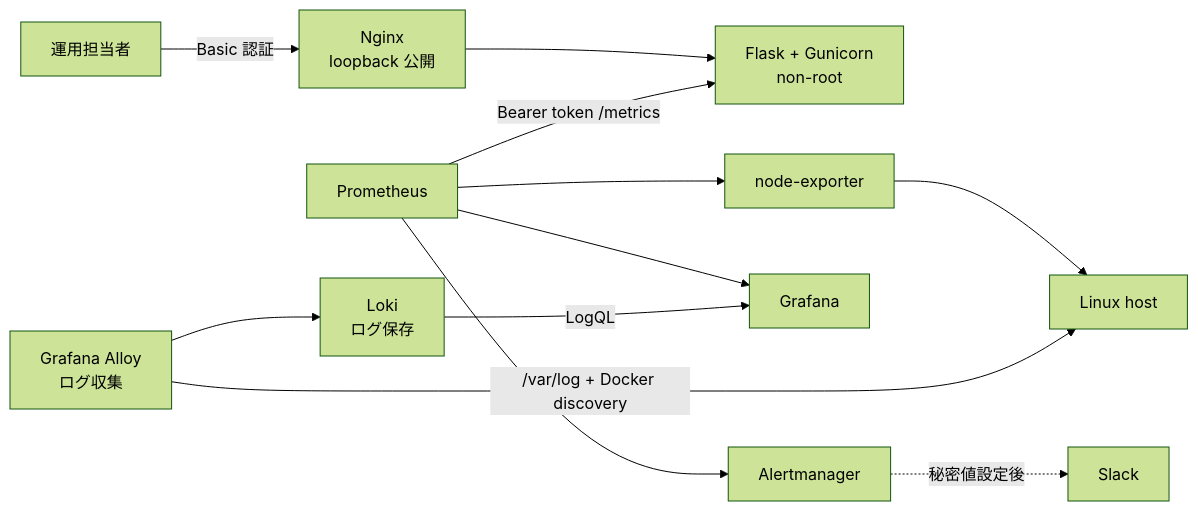
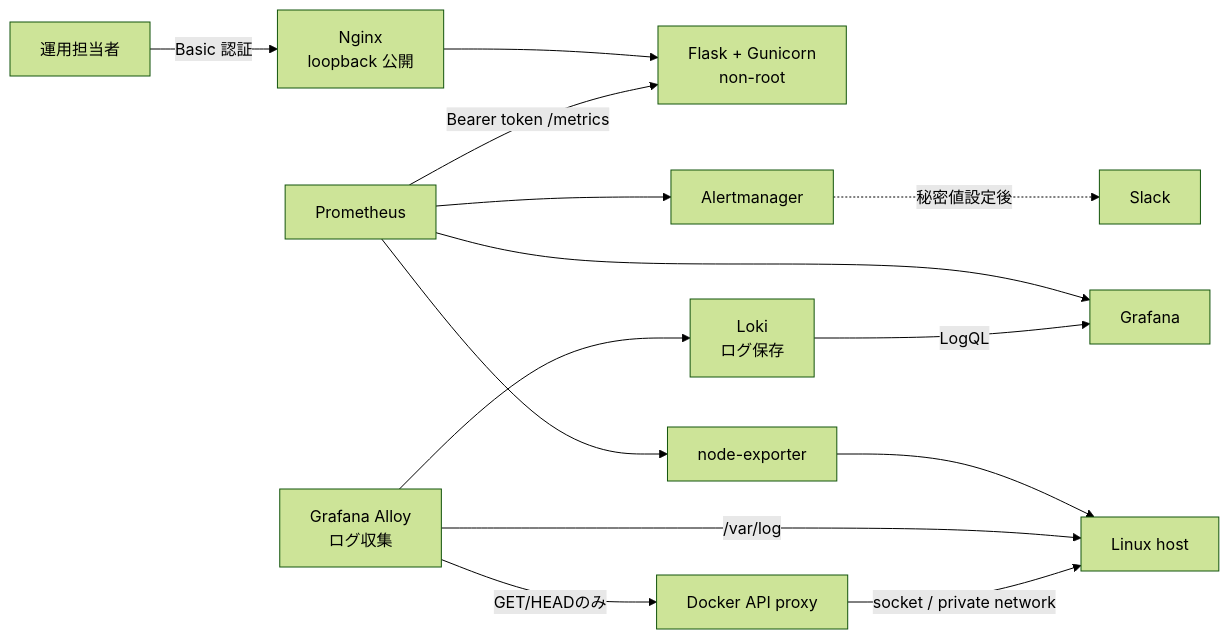
The diagram in README.md (ns7jp/server), drawn with Mermaid (forest theme) before and after one commit. The commit also changed other lines of this file and 27 other files, not shown here.

````diff
--- a/README.md
+++ b/README.md
@@ -57,14 +61,16 @@
 ```mermaid
 flowchart LR
     Operator["運用担当者"] -->|"Basic 認証"| Nginx["Nginx<br/>loopback 公開"]
     Nginx --> App["Flask + Gunicorn<br/>non-root"]
     Prometheus -->|"Bearer token /metrics"| App
     Prometheus --> Exporter["node-exporter"]
     Exporter --> Host["Linux host"]
     Prometheus --> Grafana
     Prometheus --> Alertmanager
     Alertmanager -.->|"秘密値設定後"| Slack["Slack"]
-    Alloy["Grafana Alloy<br/>ログ収集"] -->|"/var/log + Docker discovery"| Host
+    Alloy["Grafana Alloy<br/>ログ収集"] -->|"/var/log"| Host
+    Alloy -->|"GET/HEADのみ"| DockerProxy["Docker API proxy"]
+    DockerProxy -->|"socket / private network"| Host
     Alloy --> Loki["Loki<br/>ログ保存"]
     Loki -->|"LogQL"| Grafana
 ```
````
